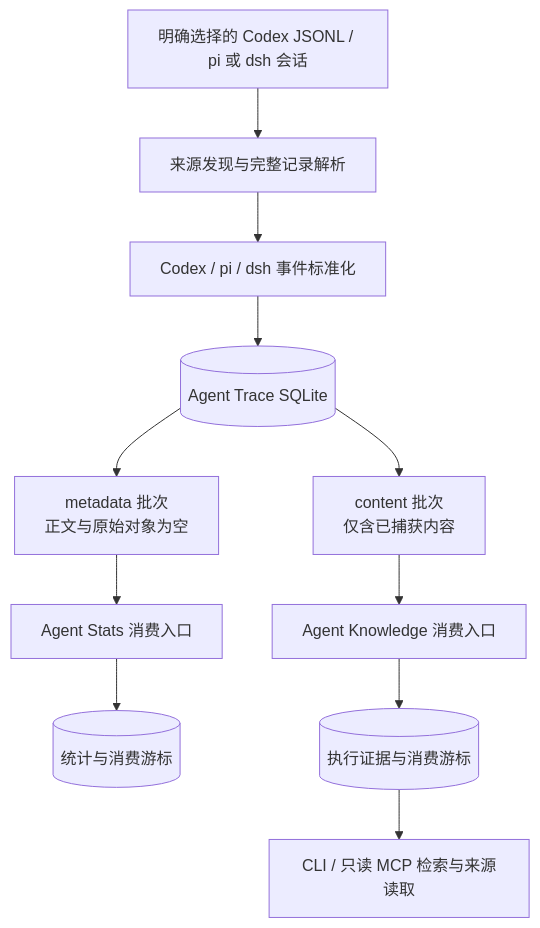
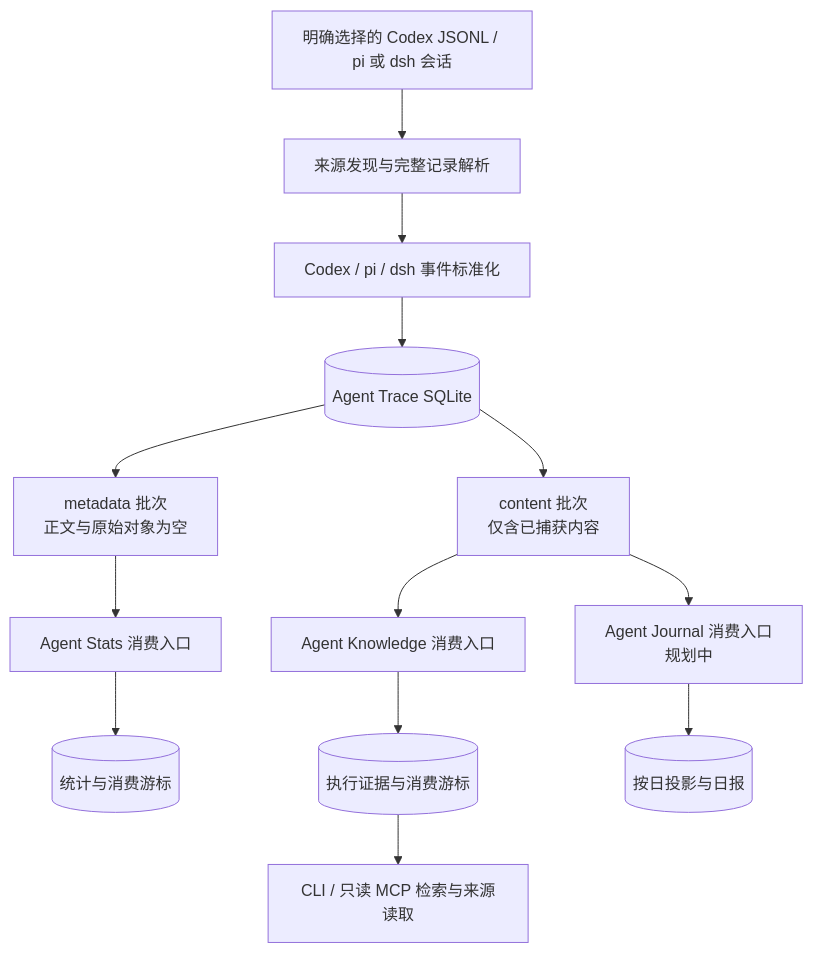
One commit to dixiaoshai/agent-trace changed the diagram in docs/architecture.md. Above: the diagram before and after it, drawn with Mermaid. The commit also changed other lines of this file and 35 other files, not shown here.

````diff
--- a/docs/architecture.md
+++ b/docs/architecture.md
@@ -11,13 +11,15 @@
 ```mermaid
 flowchart TD
     C[明确选择的 Codex JSONL / pi 或 dsh 会话] --> D[来源发现与完整记录解析]
     D --> N[Codex / pi / dsh 事件标准化]
     N --> S[(Agent Trace SQLite)]
     S --> M[metadata 批次<br/>正文与原始对象为空]
     S --> B[content 批次<br/>仅含已捕获内容]
     M --> A[Agent Stats 消费入口]
     A --> AS[(统计与消费游标)]
     B --> K[Agent Knowledge 消费入口]
     K --> KS[(执行证据与消费游标)]
     KS --> Q[CLI / 只读 MCP 检索与来源读取]
+    B --> J[Agent Journal 消费入口<br/>规划中]
+    J --> JD[(按日投影与日报)]
 ```
````
